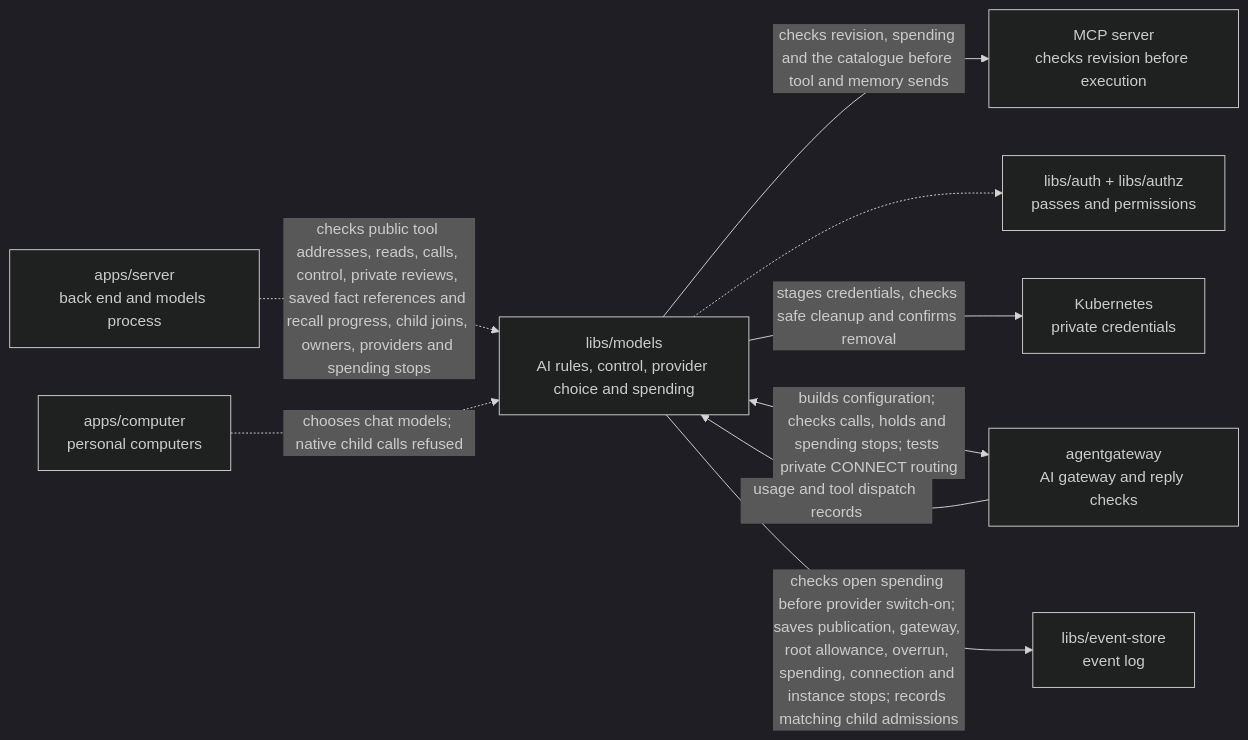
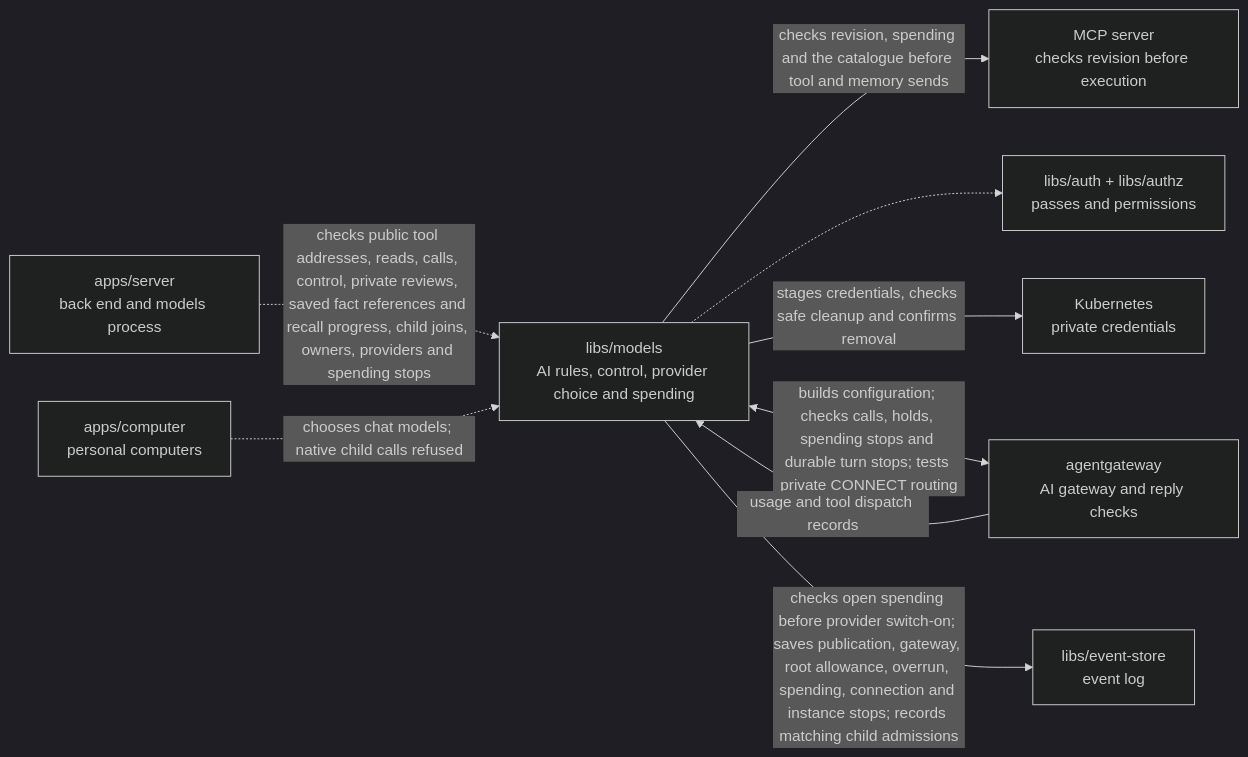
One commit to elewa-git/opencrane-new changed the diagram in libs/models/README.md. Above: the diagram before and after it, drawn with Mermaid (dark theme). The commit also changed other lines of this file and 22 other files, not shown here.

````diff
--- a/libs/models/README.md
+++ b/libs/models/README.md
@@ -14,11 +14,11 @@
 ```mermaid
 flowchart LR
   server["apps/server<br/>back end and models process"] -.->|checks public tool addresses, reads, calls, control, private reviews, saved fact references and recall progress, child joins, owners, providers and spending stops| models["libs/models<br/>AI rules, control, provider choice and spending"]
   models -->|checks revision, spending and the catalogue before tool and memory sends| mcp["MCP server<br/>checks revision before execution"]
   computer["apps/computer<br/>personal computers"] -.->|chooses chat models; native child calls refused| models
   models -.-> auth["libs/auth + libs/authz<br/>passes and permissions"]
   models -->|stages credentials, checks safe cleanup and confirms removal| custody["Kubernetes<br/>private credentials"]
-  models <-->|builds configuration; checks calls, holds and spending stops; tests private CONNECT routing| gateway["agentgateway<br/>AI gateway and reply checks"]
+  models <-->|builds configuration; checks calls, holds, spending stops and durable turn stops; tests private CONNECT routing| gateway["agentgateway<br/>AI gateway and reply checks"]
   gateway -->|usage and tool dispatch records| models
   models -->|checks open spending before provider switch-on; saves publication, gateway, root allowance, overrun, spending, connection and instance stops; records matching child admissions| store["libs/event-store<br/>event log"]
 ```
````
